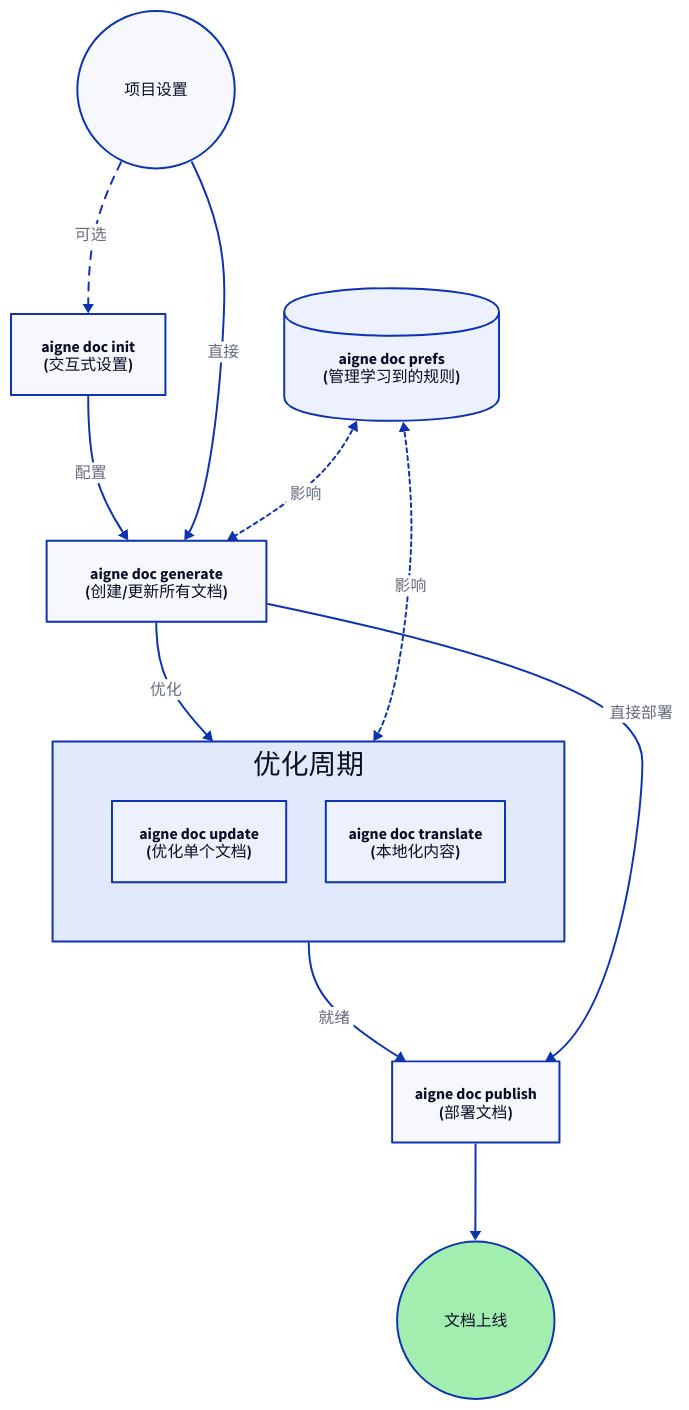
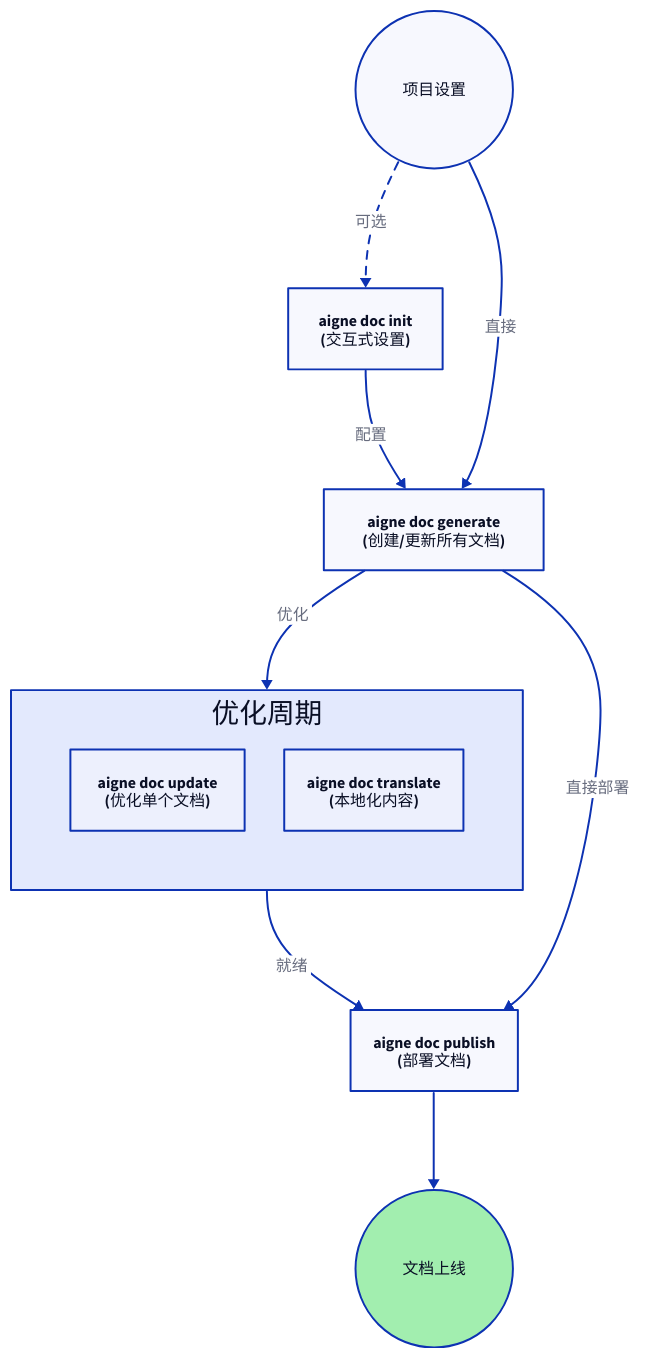
Before and after one commit to AIGNE-io/aigne-doc-smith: the diagram in docs/cli-reference.zh.md, drawn with D2. The commit also changed other lines of this file and 27 other files, not shown here.

````diff
--- a/docs/cli-reference.zh.md
+++ b/docs/cli-reference.zh.md
@@ -15,64 +15,52 @@
 ```d2
 direction: down
 
 Start: {
   label: "项目设置"
   shape: circle
 }
 
 init: {
   label: "aigne doc init\n(交互式设置)"
   shape: rectangle
 }
 
 generate: {
   label: "aigne doc generate\n(创建/更新所有文档)"
   shape: rectangle
 }
 
 refinement-cycle: {
   label: "优化周期"
   shape: rectangle
   grid-columns: 2
 
   update: {
     label: "aigne doc update\n(优化单个文档)"
   }
   translate: {
     label: "aigne doc translate\n(本地化内容)"
   }
 }
 
 publish: {
   label: "aigne doc publish\n(部署文档)"
   shape: rectangle
 }
 
 End: {
   label: "文档上线"
   shape: circle
   style.fill: "#a2eeaf"
 }
 
-prefs: {
-  label: "aigne doc prefs\n(管理学习到的规则)"
-  shape: cylinder
-}
-
 Start -> init: "可选" {
   style.stroke-dash: 4
 }
 init -> generate: "配置"
 Start -> generate: "直接"
 generate -> refinement-cycle: "优化"
 refinement-cycle -> publish: "就绪"
 generate -> publish: "直接部署"
 publish -> End
-
-prefs <-> generate: "影响" {
-  style.stroke-dash: 2
-}
-prefs <-> refinement-cycle: "影响" {
-  style.stroke-dash: 2
-}
 ```
````
